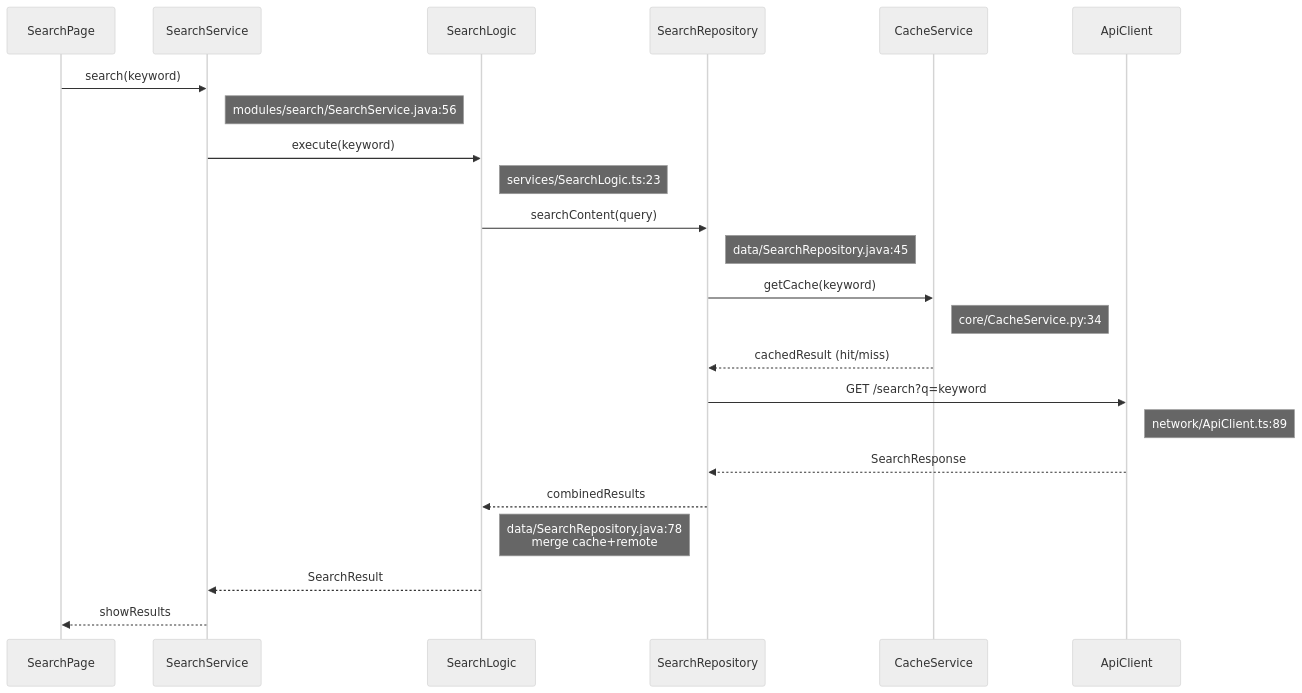
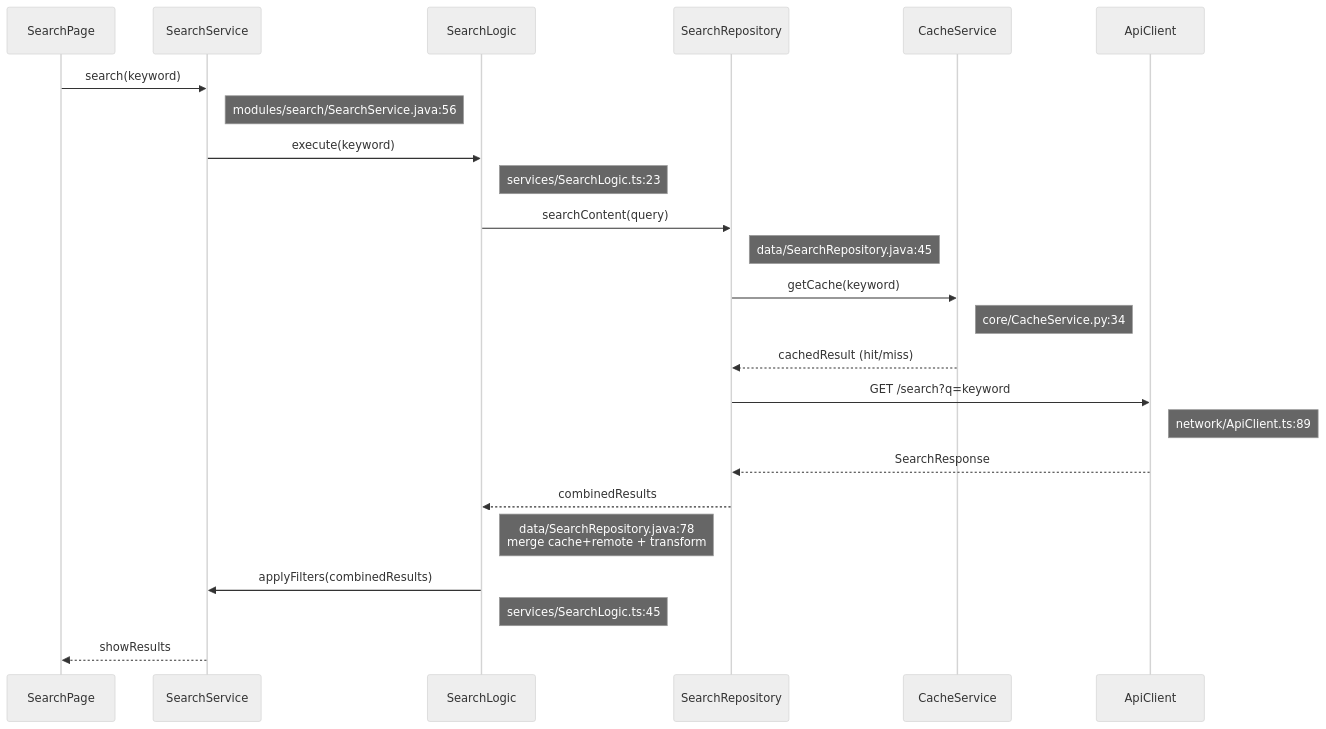
One commit to CaostGrace/project-arch-reverse changed the fifth of 13 diagrams in references/template.md. Above: the diagram before and after it, drawn with Mermaid (neutral theme). The commit also changed other lines of this file and 5 other files, not shown here.

First line of the commit message:
feat: 强制所有核心功能/能力必须有独立详细时序图(≥6步≥4参与者)

````diff
--- a/references/template.md
+++ b/references/template.md
@@ -288,26 +288,27 @@
 ```mermaid
 sequenceDiagram
     participant UI as SearchPage
     participant Logic as SearchService
     participant UC as SearchLogic
     participant Repo as SearchRepository
     participant Cache as CacheService
     participant API as ApiClient
 
     UI->>Logic: search(keyword)
     Note right of Logic:  modules/search/SearchService.java:56
     Logic->>UC: execute(keyword)
     Note right of UC:  services/SearchLogic.ts:23
     UC->>Repo: searchContent(query)
     Note right of Repo:  data/SearchRepository.java:45
     Repo->>Cache: getCache(keyword)
     Note right of Cache:  core/CacheService.py:34
     Cache-->>Repo: cachedResult (hit/miss)
     Repo->>API: GET /search?q=keyword
     Note right of API:  network/ApiClient.ts:89
     API-->>Repo: SearchResponse
     Repo-->>UC: combinedResults
-    Note left of Repo:  data/SearchRepository.java:78<br>merge cache+remote
-    UC-->>Logic: SearchResult
+    Note left of Repo:  data/SearchRepository.java:78<br>merge cache+remote + transform
+    UC->>Logic: applyFilters(combinedResults)
+    Note right of UC:  services/SearchLogic.ts:45
     Logic-->>UI: showResults
 ```
````
